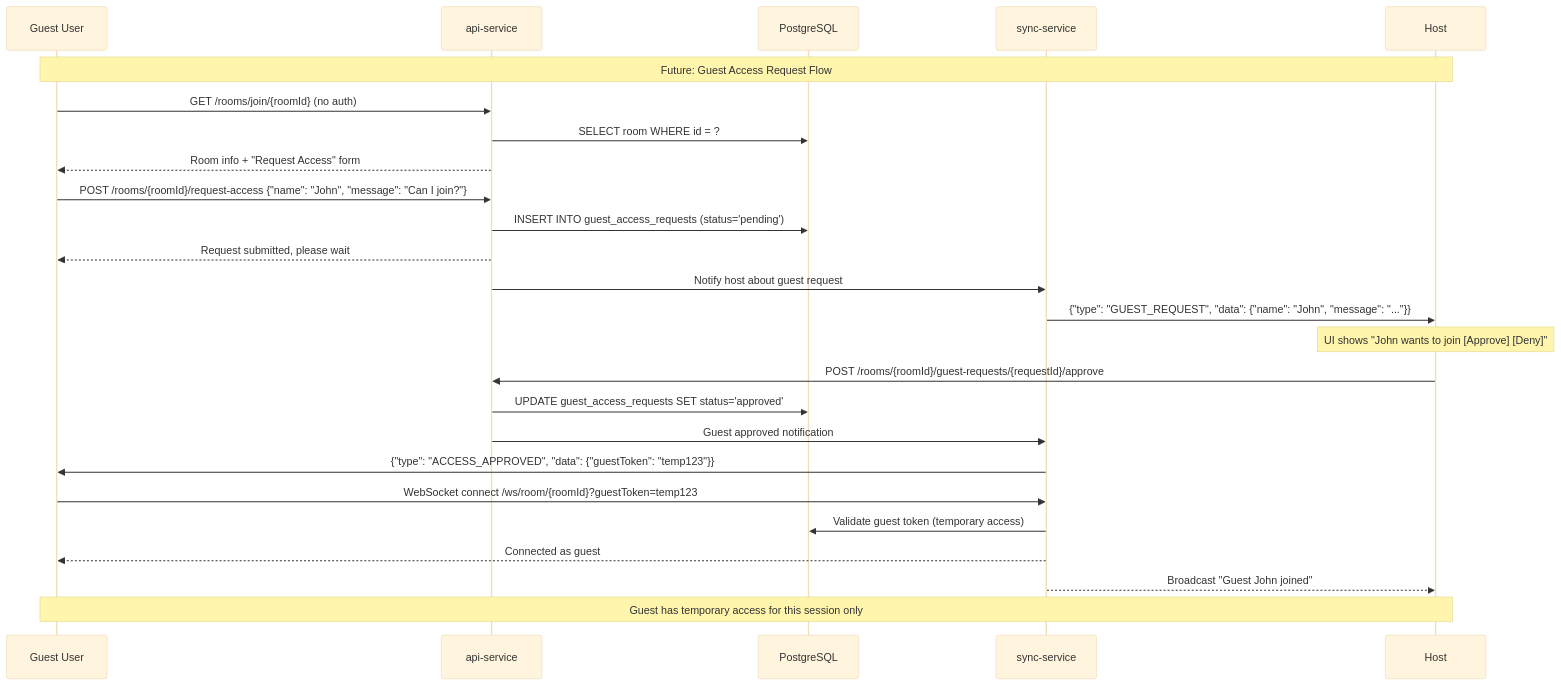
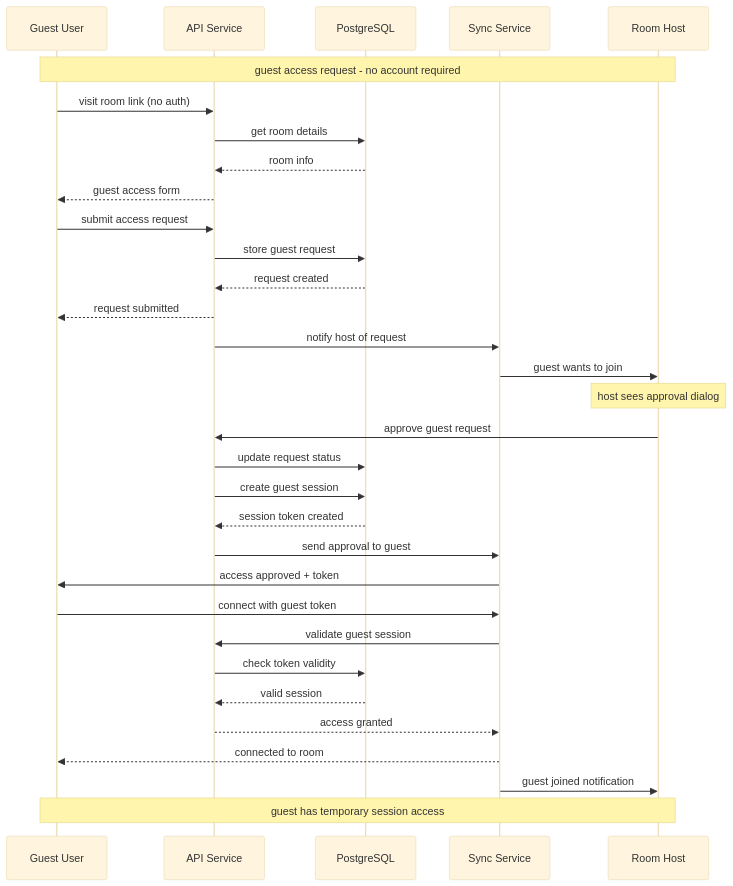
The diagram in docs/sequence-diagram/7-guest-access-request-flow.mermaid (c3llus/watch-party), drawn with Mermaid (base theme) before and after one commit. The commit also changed 10 other files, not shown here.

Commit message:
chore(docs): updated erd and sequence diagram to match the current latest version

```diff
--- a/docs/sequence-diagram/7-guest-access-request-flow.mermaid
+++ b/docs/sequence-diagram/7-guest-access-request-flow.mermaid
@@ -1,39 +1,46 @@
 sequenceDiagram
     participant Guest as Guest User
-    participant API as api-service
+    participant API as API Service
     participant DB as PostgreSQL
-    participant Sync as sync-service
-    participant Host as Host
+    participant Sync as Sync Service
+    participant Host as Room Host
 
-    Note over Guest, Host: Future: Guest Access Request Flow
+    Note over Guest, Host: guest access request - no account required
+
+    %% guest requests access
+    Guest->>API: visit room link (no auth)
+    API->>DB: get room details
+    DB-->>API: room info
+    API-->>Guest: guest access form
     
-    %% Guest discovers room
-    Guest->>API: GET /rooms/join/{roomId} (no auth)
-    API->>DB: SELECT room WHERE id = ?
-    API-->>Guest: Room info + "Request Access" form
+    Guest->>API: submit access request
+    API->>DB: store guest request
+    DB-->>API: request created
+    API-->>Guest: request submitted
     
-    %% Guest requests access
-    Guest->>API: POST /rooms/{roomId}/request-access {"name": "John", "message": "Can I join?"}
-    API->>DB: INSERT INTO guest_access_requests (status='pending')
-    API-->>Guest: Request submitted, please wait
+    %% real-time host notification
+    API->>Sync: notify host of request
+    Sync->>Host: guest wants to join
     
-    %% Real-time notification to host
-    API->>Sync: Notify host about guest request
-    Sync->>Host: {"type": "GUEST_REQUEST", "data": {"name": "John", "message": "..."}}
+    Note over Host: host sees approval dialog
+
+    %% host approval
+    Host->>API: approve guest request
+    API->>DB: update request status
+    API->>DB: create guest session
+    DB-->>API: session token created
     
-    %% Host reviews request
-    Note over Host: UI shows "John wants to join [Approve] [Deny]"
-    Host->>API: POST /rooms/{roomId}/guest-requests/{requestId}/approve
-    API->>DB: UPDATE guest_access_requests SET status='approved'
+    %% guest gets access
+    API->>Sync: send approval to guest
+    Sync->>Guest: access approved + token
     
-    %% Notify guest of approval
-    API->>Sync: Guest approved notification
-    Sync->>Guest: {"type": "ACCESS_APPROVED", "data": {"guestToken": "temp123"}}
+    Guest->>Sync: connect with guest token
+    Sync->>API: validate guest session
+    API->>DB: check token validity
+    DB-->>API: valid session
+    API-->>Sync: access granted
     
-    %% Guest joins room
-    Guest->>Sync: WebSocket connect /ws/room/{roomId}?guestToken=temp123
-    Sync->>DB: Validate guest token (temporary access)
-    Sync-->>Guest: Connected as guest
-    Sync-->>Host: Broadcast "Guest John joined"
-    
-    Note over Guest, Host: Guest has temporary access for this session only
+    Sync-->>Guest: connected to room
+    Sync->>Host: guest joined notification
+
+    Note over Guest, Host: guest has temporary session access
```
